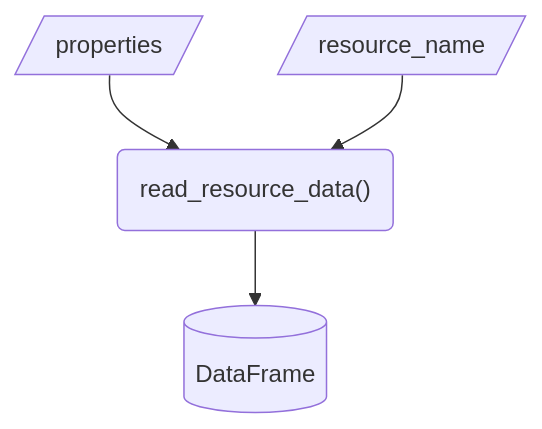
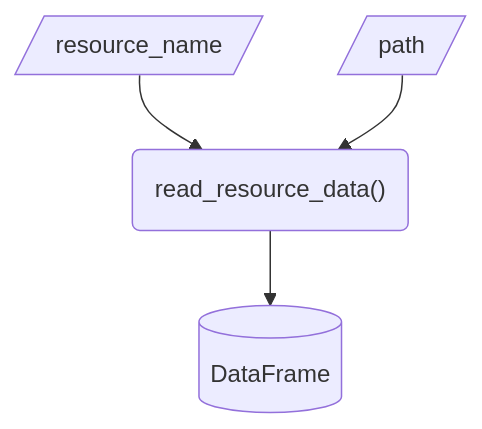
Before and after one commit to seedcase-project/seedcase-sprout: the eighth of 17 diagrams in docs/design/interface/functions.qmd, drawn with Mermaid. The commit also changed other lines of this file, not shown here.

Commit message:
docs: :memo: take path as argument, not properties

````diff
--- a/docs/design/interface/functions.qmd
+++ b/docs/design/interface/functions.qmd
@@ -176,10 +178,10 @@
 ```{mermaid}
 flowchart
-    in_properties[/properties/]
     in_name[/resource_name/]
+    in_path[/path/]
     function("read_resource_data()")
     out[("DataFrame")]
-    in_properties --> function
     in_name --> function
+    in_path --> function
     function --> out
 ```
````
